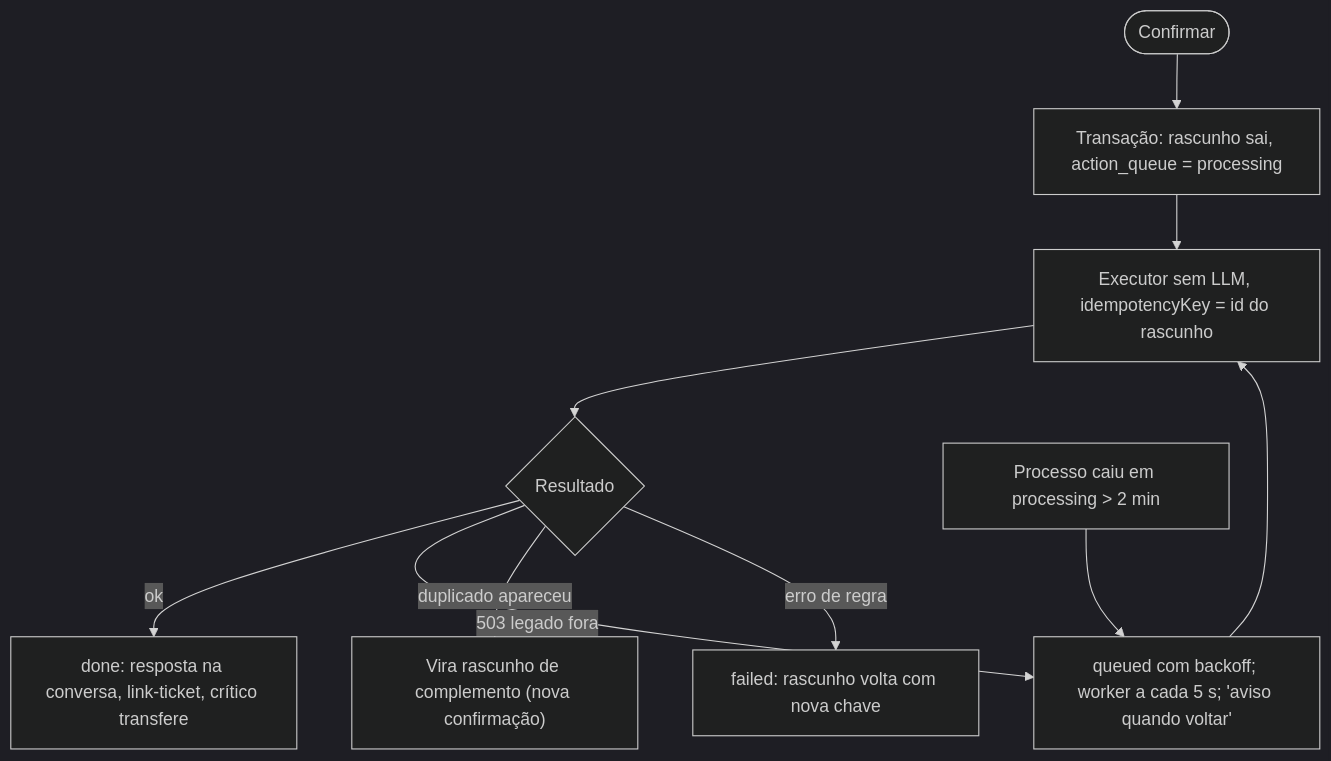
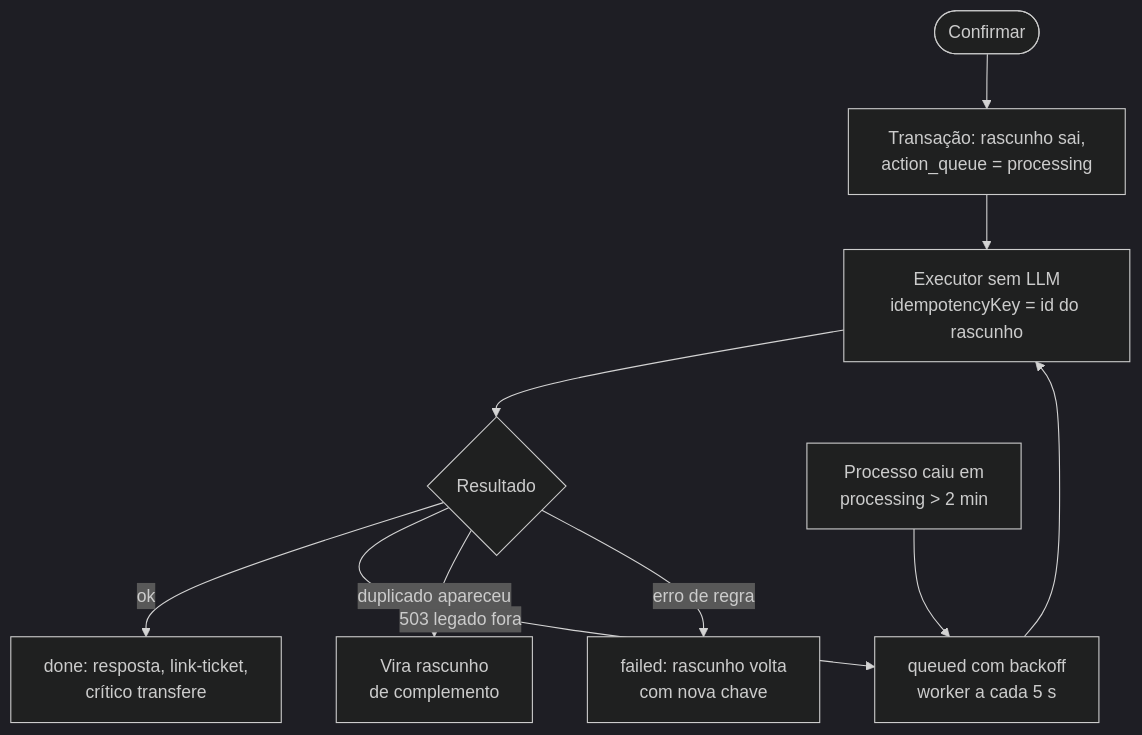
Before and after one commit to renansko/teste_nexo: the eighth of 8 diagrams in README.md, drawn with Mermaid (dark theme). The commit also changed other lines of this file, not shown here.

Commit message:
docs(readme): tabela de logins de teste por papel; rótulos curtos com quebra de linha nos diagramas (texto cortado na renderização)

````diff
--- a/README.md
+++ b/README.md
@@ -206,12 +219,12 @@
 ```mermaid
 flowchart TD
-    C([Confirmar]) --> Tx["Transação: rascunho sai, action_queue = processing"]
-    Tx --> Exec["Executor sem LLM, idempotencyKey = id do rascunho"]
-    Exec --> R{Resultado}
-    R -- ok --> Done["done: resposta na conversa, link-ticket, crítico transfere"]
-    R -- 503 legado fora --> Q["queued com backoff; worker a cada 5 s; 'aviso quando voltar'"]
-    R -- duplicado apareceu --> Dup["Vira rascunho de complemento (nova confirmação)"]
-    R -- erro de regra --> Fail["failed: rascunho volta com nova chave"]
+    C(["Confirmar"]) --> Tx["Transação: rascunho sai,<br/>action_queue = processing"]
+    Tx --> Exec["Executor sem LLM<br/>idempotencyKey = id do rascunho"]
+    Exec --> R{"Resultado"}
+    R -- ok --> Done["done: resposta, link-ticket,<br/>crítico transfere"]
+    R -- "503 legado fora" --> Q["queued com backoff<br/>worker a cada 5 s"]
+    R -- "duplicado apareceu" --> Dup["Vira rascunho<br/>de complemento"]
+    R -- "erro de regra" --> Fail["failed: rascunho volta<br/>com nova chave"]
     Q --> Exec
-    Crash["Processo caiu em processing > 2 min"] --> Q
+    Crash["Processo caiu em<br/>processing > 2 min"] --> Q
 ```
````
